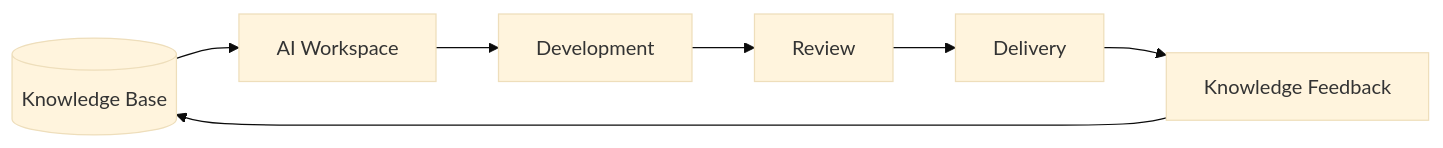
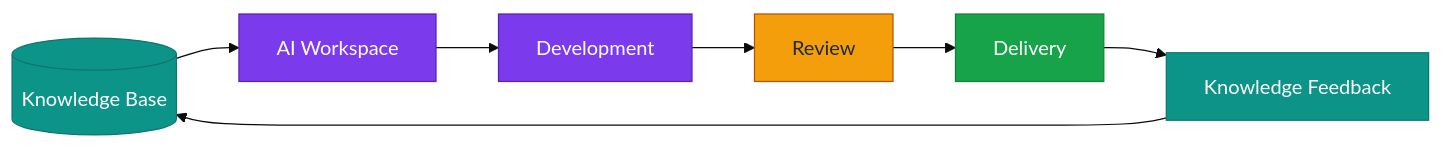
The fourth of 6 diagrams in peopledesk-ba-workspace/README.md (peopledesk-app/engineering-blueprint), drawn with Mermaid (base theme) before and after one commit. The commit also changed other lines of this file, not shown here.

First line of the commit message:
Color-code all diagrams with a consistent semantic palette

````diff
--- a/peopledesk-ba-workspace/README.md
+++ b/peopledesk-ba-workspace/README.md
@@ -169,5 +207,14 @@
 ```mermaid
 flowchart LR
 
 KB[(Knowledge Base)] --> WS[AI Workspace] --> DEV[Development] --> REV[Review] --> DEL[Delivery] --> KF[Knowledge Feedback] --> KB
+
+classDef ai fill:#7C3AED,stroke:#5B21B6,color:#FFFFFF
+classDef human fill:#F59E0B,stroke:#B45309,color:#1F2937
+classDef kb fill:#0D9488,stroke:#0F766E,color:#FFFFFF
+classDef live fill:#16A34A,stroke:#15803D,color:#FFFFFF
+class WS,DEV ai
+class REV human
+class DEL live
+class KB,KF kb
 ```
````
